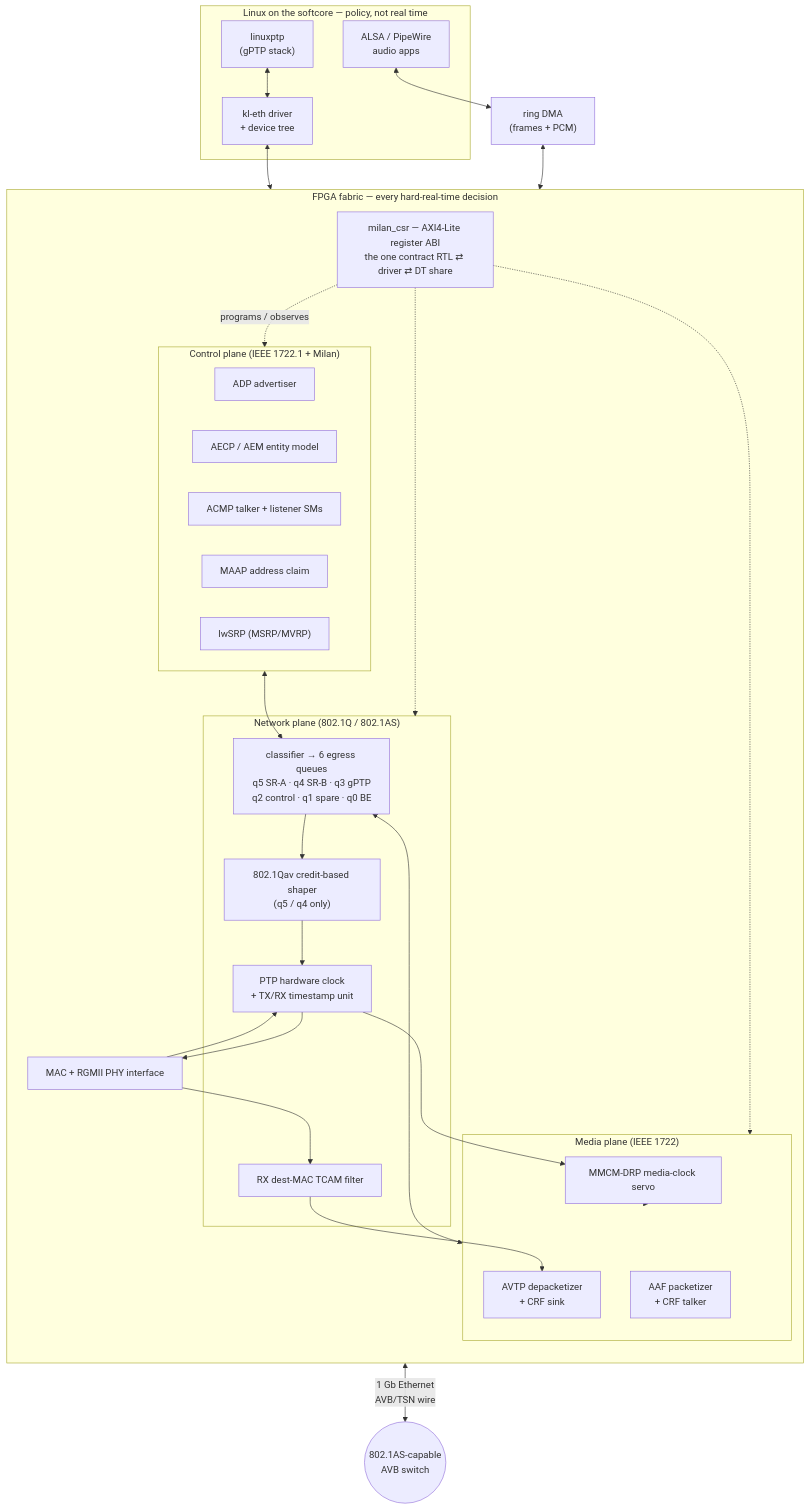
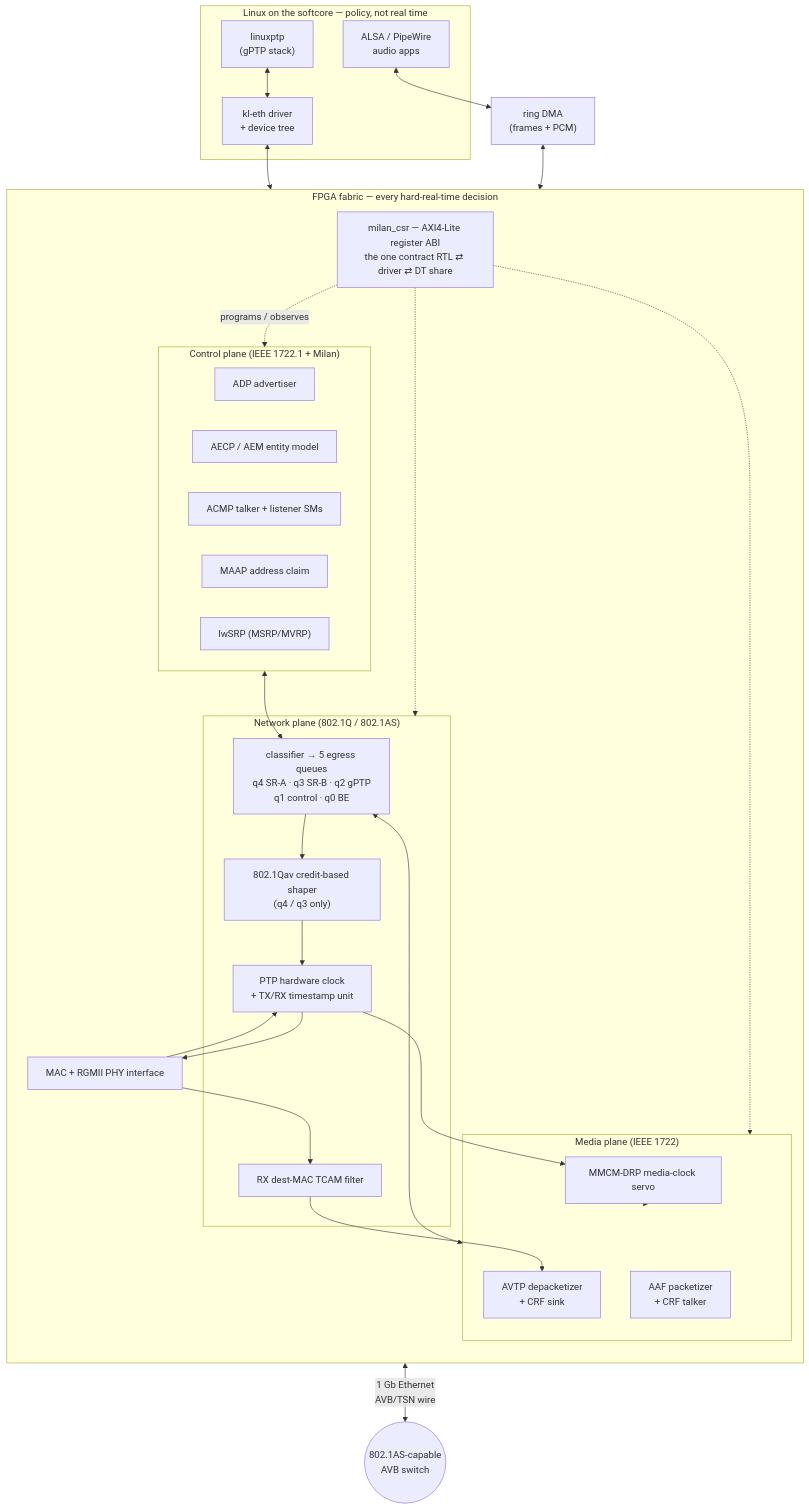
One commit to kebag-logic/milan-fpga changed the diagram in docs/overview/AT_A_GLANCE.md. Above: the diagram before and after it, drawn with Mermaid. The commit also changed other lines of this file and 51 other files, not shown here.

````diff
--- a/docs/overview/AT_A_GLANCE.md
+++ b/docs/overview/AT_A_GLANCE.md
@@ -27,47 +27,47 @@
 ```mermaid
 flowchart TB
     subgraph HOST["Linux on the softcore — policy, not real time"]
         ALSA["ALSA / PipeWire<br/>audio apps"]
         PTPD["linuxptp<br/>(gPTP stack)"]
         DRV["kl-eth driver<br/>+ device tree"]
     end
 
     subgraph FAB["FPGA fabric — every hard-real-time decision"]
         direction TB
         CSR["milan_csr — AXI4-Lite register ABI<br/>the one contract RTL ⇄ driver ⇄ DT share"]
         subgraph CTRL["Control plane (IEEE 1722.1 + Milan)"]
             ADP["ADP advertiser"]
             AECP["AECP / AEM entity model"]
             ACMP["ACMP talker + listener SMs"]
             MAAP["MAAP address claim"]
             SRP["lwSRP (MSRP/MVRP)"]
         end
         subgraph MEDIA["Media plane (IEEE 1722)"]
             PKT["AAF packetizer<br/>+ CRF talker"]
             DEP["AVTP depacketizer<br/>+ CRF sink"]
             SERVO["MMCM-DRP media-clock servo"]
         end
         subgraph NET["Network plane (802.1Q / 802.1AS)"]
-            CLS["classifier → 6 egress queues<br/>q5 SR-A · q4 SR-B · q3 gPTP<br/>q2 control · q1 spare · q0 BE"]
-            CBS["802.1Qav credit-based shaper<br/>(q5 / q4 only)"]
+            CLS["classifier → 5 egress queues<br/>q4 SR-A · q3 SR-B · q2 gPTP<br/>q1 control · q0 BE"]
+            CBS["802.1Qav credit-based shaper<br/>(q4 / q3 only)"]
             PHC["PTP hardware clock<br/>+ TX/RX timestamp unit"]
             FILT["RX dest-MAC TCAM filter"]
         end
         MAC["MAC + RGMII PHY interface"]
     end
 
     ALSA <--> DMA["ring DMA<br/>(frames + PCM)"]
     PTPD <--> DRV
     DRV <--> CSR
     CSR -.->|"programs / observes"| CTRL
     CSR -.-> MEDIA
     CSR -.-> NET
     DMA <--> CLS
     MEDIA <--> CLS
     CTRL <--> CLS
     CLS --> CBS --> PHC --> MAC
     MAC --> FILT --> DEP
     MAC --> PHC
     PHC --> SERVO --> MEDIA
     MAC <-->|"1 Gb Ethernet<br/>AVB/TSN wire"| WIRE(("802.1AS-capable<br/>AVB switch"))
 ```
````
